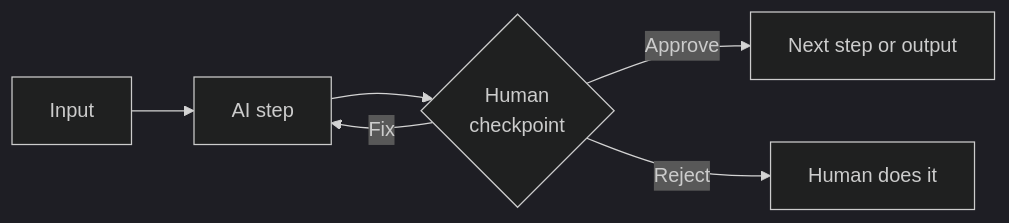
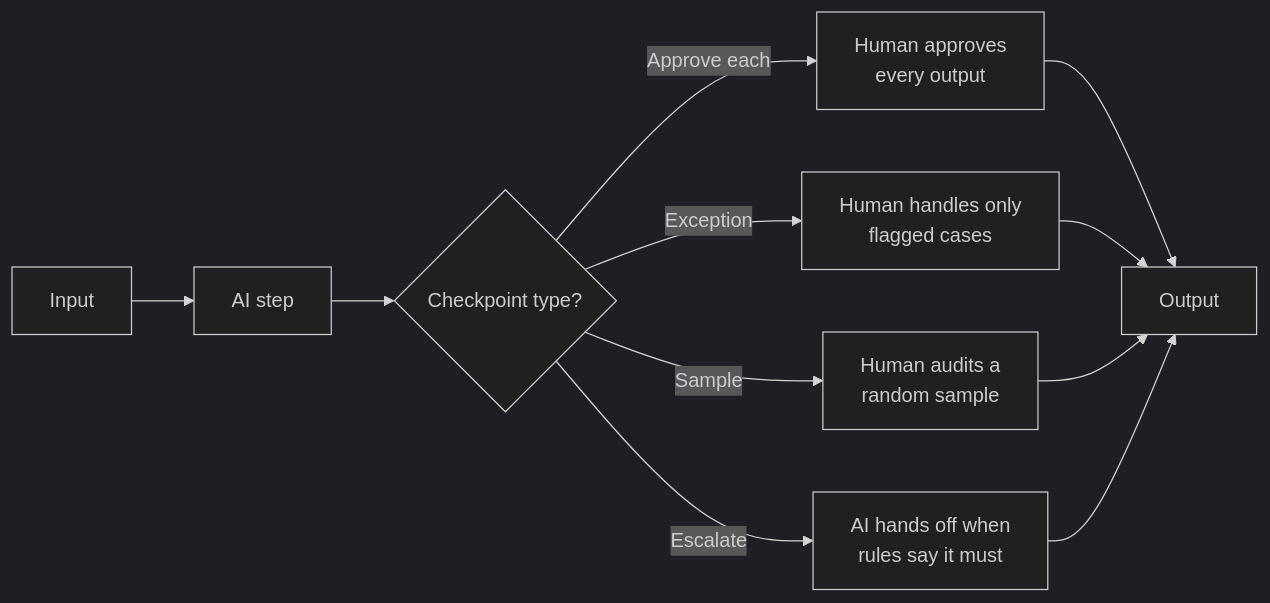
The first of 2 diagrams in docs/foundations/human-in-the-loop.md (clarkngo/applied-ai-field-guide), drawn with Mermaid (dark theme) before and after one commit. The commit also changed other lines of this file and 4 other files, not shown here.

````diff
--- a/docs/foundations/human-in-the-loop.md
+++ b/docs/foundations/human-in-the-loop.md
@@ -34,7 +38,13 @@
 ```mermaid
 flowchart LR
-  A[Input] --> B[AI step] --> C{"Human<br/>checkpoint"}
-  C -->|Approve| D[Next step or output]
-  C -->|Fix| B
-  C -->|Reject| E[Human does it]
+  A["Input"] --> B["AI step"]
+  B --> C{"Checkpoint type?"}
+  C -->|"Approve each"| D["Human approves<br/>every output"]
+  C -->|"Exception"| E["Human handles only<br/>flagged cases"]
+  C -->|"Sample"| F["Human audits a<br/>random sample"]
+  C -->|"Escalate"| G["AI hands off when<br/>rules say it must"]
+  D --> H["Output"]
+  E --> H
+  F --> H
+  G --> H
 ```
````
